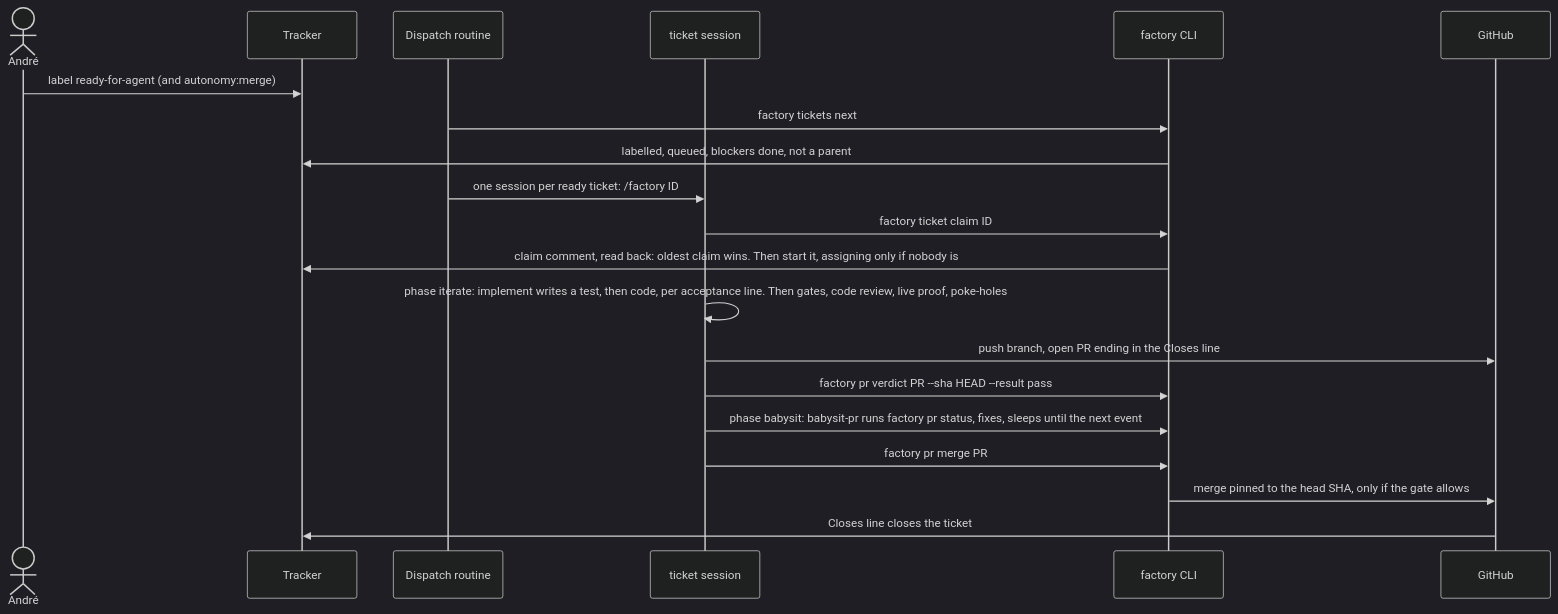
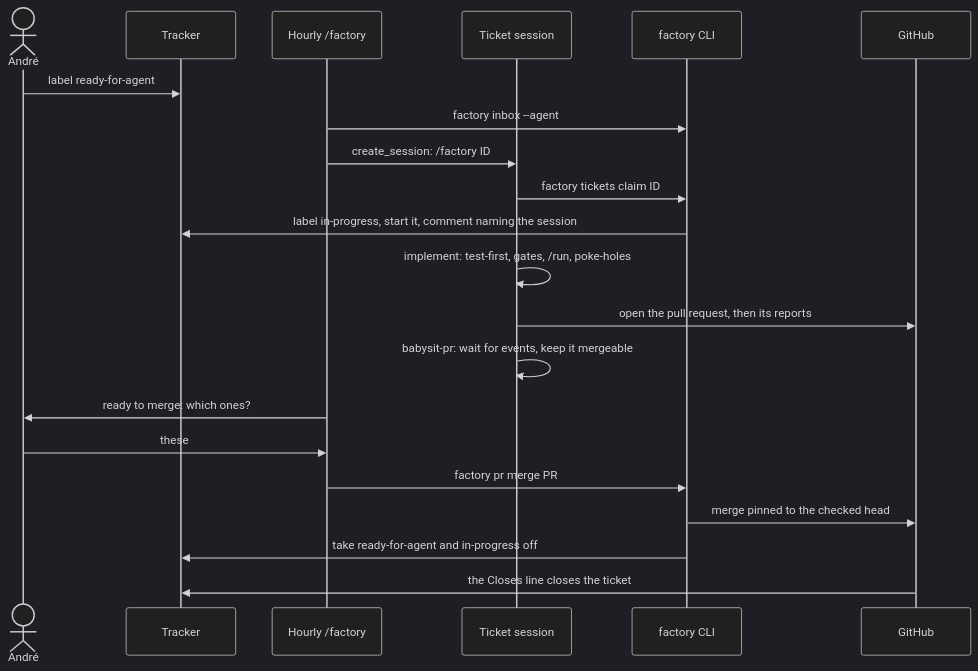
The second of 2 diagrams in docs/factory/DESIGN.md (andrezzoid/config), drawn with Mermaid (dark theme) before and after one commit. The commit also changed other lines of this file and 3 other files, not shown here.

````diff
--- a/docs/factory/DESIGN.md
+++ b/docs/factory/DESIGN.md
@@ -83,22 +103,23 @@
 ```mermaid
 sequenceDiagram
   actor A as André
   participant T as Tracker
-  participant R as Dispatch routine
-  participant I as ticket session
+  participant R as Hourly /factory
+  participant S as Ticket session
   participant F as factory CLI
   participant GH as GitHub
-  A->>T: label ready-for-agent (and autonomy:merge)
-  R->>F: factory tickets next
-  F->>T: labelled, queued, blockers done, not a parent
-  R->>I: one session per ready ticket: /factory ID
-  I->>F: factory ticket claim ID
-  F->>T: claim comment, read back: oldest claim wins. Then start it, assigning only if nobody is
-  I->>I: phase iterate: implement writes a test, then code, per acceptance line. Then gates, code review, live proof, poke-holes
-  I->>GH: push branch, open PR ending in the Closes line
-  I->>F: factory pr verdict PR --sha HEAD --result pass
-  I->>F: phase babysit: babysit-pr runs factory pr status, fixes, sleeps until the next event
-  I->>F: factory pr merge PR
-  F->>GH: merge pinned to the head SHA, only if the gate allows
-  GH->>T: Closes line closes the ticket
+  A->>T: label ready-for-agent
+  R->>F: factory inbox --agent
+  R->>S: create_session: /factory ID
+  S->>F: factory tickets claim ID
+  F->>T: label in-progress, start it, comment naming the session
+  S->>S: implement: test-first, gates, /run, poke-holes
+  S->>GH: open the pull request, then its reports
+  S->>S: babysit-pr: wait for events, keep it mergeable
+  R->>A: ready to merge: which ones?
+  A->>R: these
+  R->>F: factory pr merge PR
+  F->>GH: merge pinned to the checked head
+  F->>T: take ready-for-agent and in-progress off
+  GH->>T: the Closes line closes the ticket
 ```
````
